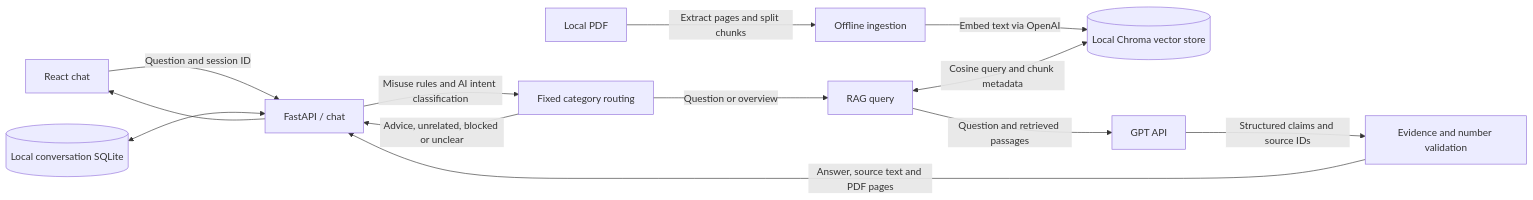
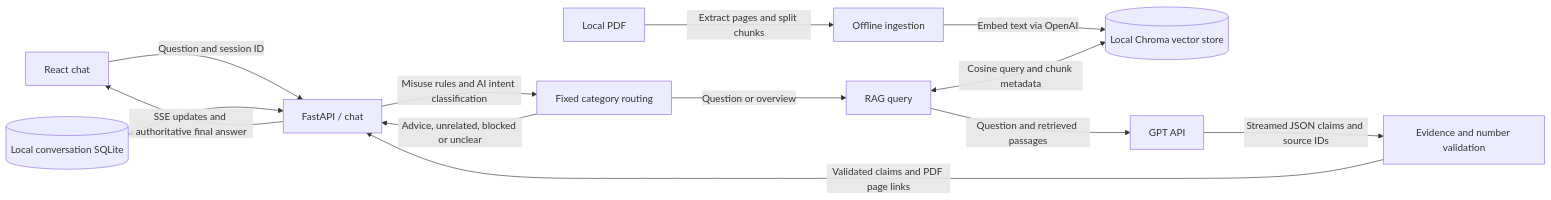
One commit to zihanzhao94/insure-tutor changed the diagram in README.md. Above: the diagram before and after it, drawn with Mermaid. The commit also changed other lines of this file and 3 other files, not shown here.

````diff
--- a/README.md
+++ b/README.md
@@ -94,15 +94,15 @@
 ```mermaid
 flowchart LR
     PDF[Local PDF] -->|Extract pages and split chunks| Ingest[Offline ingestion]
     Ingest -->|Embed text via OpenAI| Store[(Local Chroma vector store)]
     UI[React chat] -->|Question and session ID| API[FastAPI / chat]
     API -->|Misuse rules and AI intent classification| Intent[Fixed category routing]
     Intent -->|Question or overview| RAG[RAG query]
     Intent -->|Advice, unrelated, blocked or unclear| API
     History[(Local conversation SQLite)] <--> API
     RAG <-->|Cosine query and chunk metadata| Store
     RAG -->|Question and retrieved passages| GPT[GPT API]
-    GPT -->|Structured claims and source IDs| Check[Evidence and number validation]
-    Check -->|Answer, source text and PDF pages| API
-    API --> UI
+    GPT -->|Streamed JSON claims and source IDs| Check[Evidence and number validation]
+    Check -->|Validated claims and PDF page links| API
+    API -->|SSE updates and authoritative final answer| UI
 ```
````
